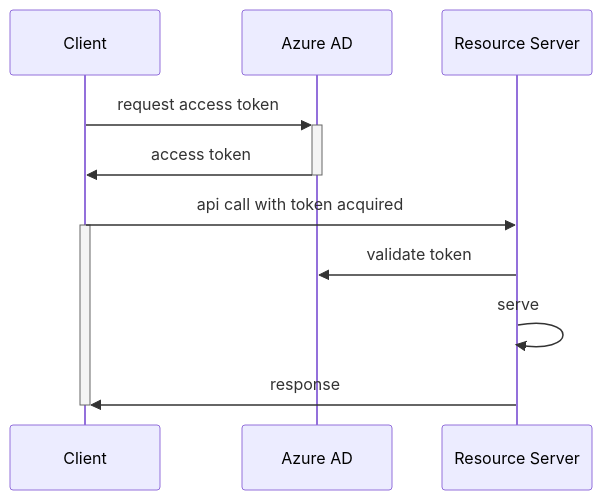
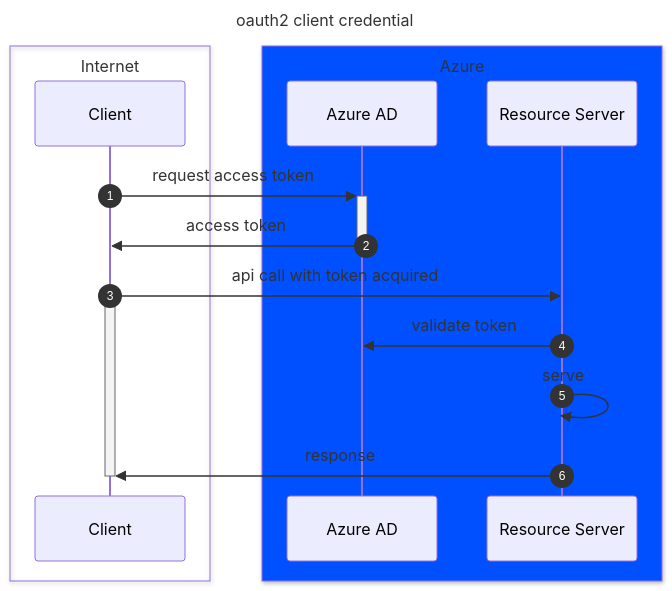
The diagram in code/README.md (antoniocaccamo/labs-apim), drawn with Mermaid before and after one commit.

````diff
--- a/code/README.md
+++ b/code/README.md
@@ -6,19 +6,23 @@
 ```mermaid
 sequenceDiagram
-    
+    title oauth2 client credential 
+    box Internet 
     participant C as Client
+    end
+    box rgb(0, 80, 255) Azure
     participant AAD as Azure AD
     participant R as Resource Server
+    end
 
-   
+    autonumber
     C ->>+AAD: request access token
     AAD ->>- C: access token
    
     
     C ->> R: api call with token acquired
     activate C
     R ->> AAD:  validate token
     R ->> R: serve
     R ->> C: response
     deactivate C
 ```
````
